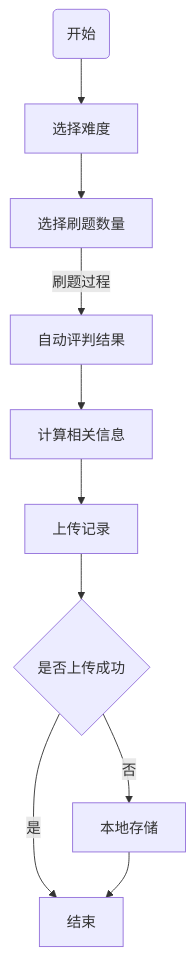
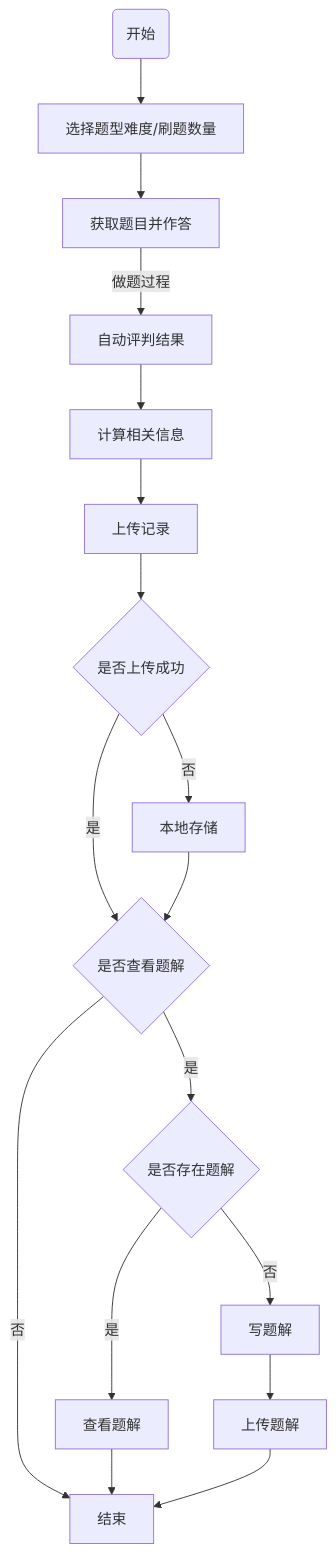
The first of 4 diagrams in docs/Requirements.md (SnapdragonLee/Newbee-English), drawn with Mermaid before and after one commit. The commit also changed other lines of this file, not shown here.

````diff
--- a/docs/Requirements.md
+++ b/docs/Requirements.md
@@ -259,6 +283,10 @@
 ```mermaid
 graph TD
-A1(开始) -->B1[选择难度]-->C1[选择刷题数量]-->|刷题过程|D1[自动评判结果]-->E1[计算相关信息]-->F1[上传记录]-->G1{是否上传成功}
-G1-->|是|H1[结束]
-G1-->|否|H2[本地存储]-->H1[结束]
+A1(开始) -->B1[选择题型难度/刷题数量]-->C1[获取题目并作答]-->|做题过程|D1[自动评判结果]-->E1[计算相关信息]-->F1[上传记录]-->G1{是否上传成功}
+G1-->|是|H1{是否查看题解}
+G1-->|否|H2[本地存储]-->H1
+H1-->|是|Y2{是否存在题解}
+H1-->|否|Y1[结束]
+Y2-->|是|Z22[查看题解]-->Y1
+Y2-->|否|Z21[写题解]-->Z211[上传题解]-->Y1
 ```
````
